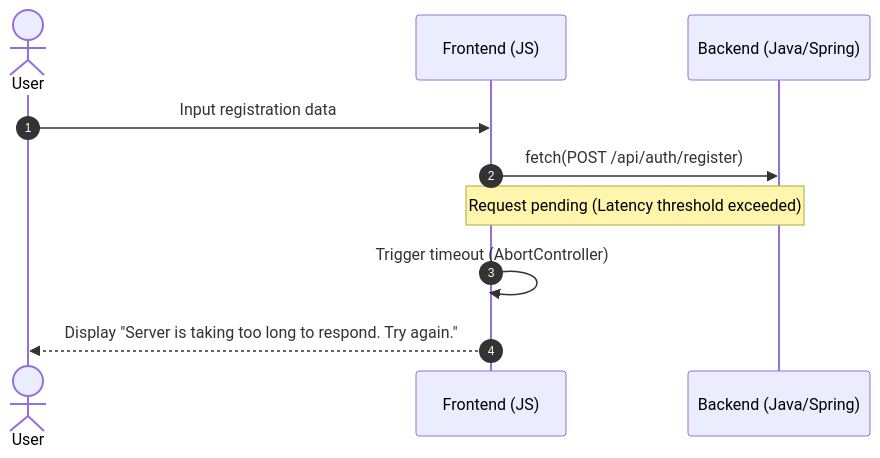
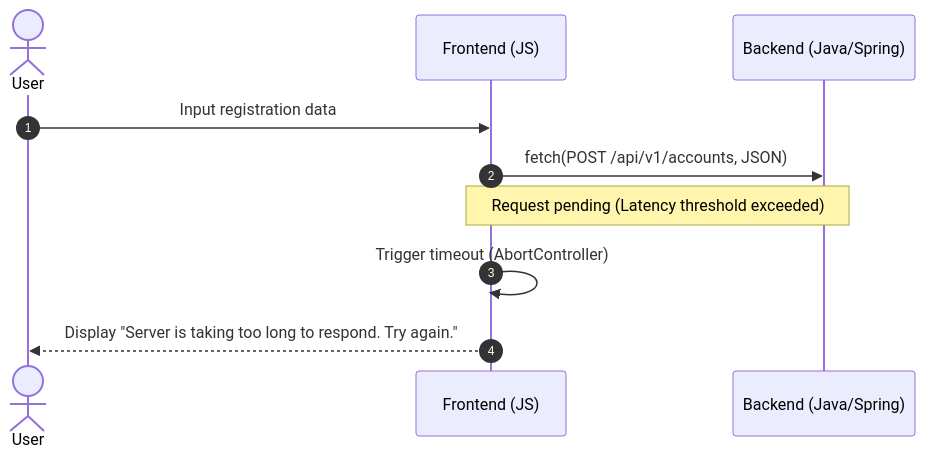
One commit to Luis-HF/football-tactical-simulator changed the third of 4 diagrams in README.md. Above: the diagram before and after it, drawn with Mermaid. The commit also changed other lines of this file, not shown here.

````diff
--- a/README.md
+++ b/README.md
@@ -59,16 +55,16 @@
 ```mermaid
 
 sequenceDiagram
     autonumber
     actor User
     participant Front as Frontend (JS)
     participant Back as Backend (Java/Spring)
 
     User->>Front: Input registration data
-    Front->>Back: fetch(POST /api/auth/register)
+    Front->>Back: fetch(POST /api/v1/accounts, JSON)
 
     Note over Front,Back: Request pending (Latency threshold exceeded)
 
     Front->>Front: Trigger timeout (AbortController)
     Front-->>User: Display "Server is taking too long to respond. Try again."
 ```
````
